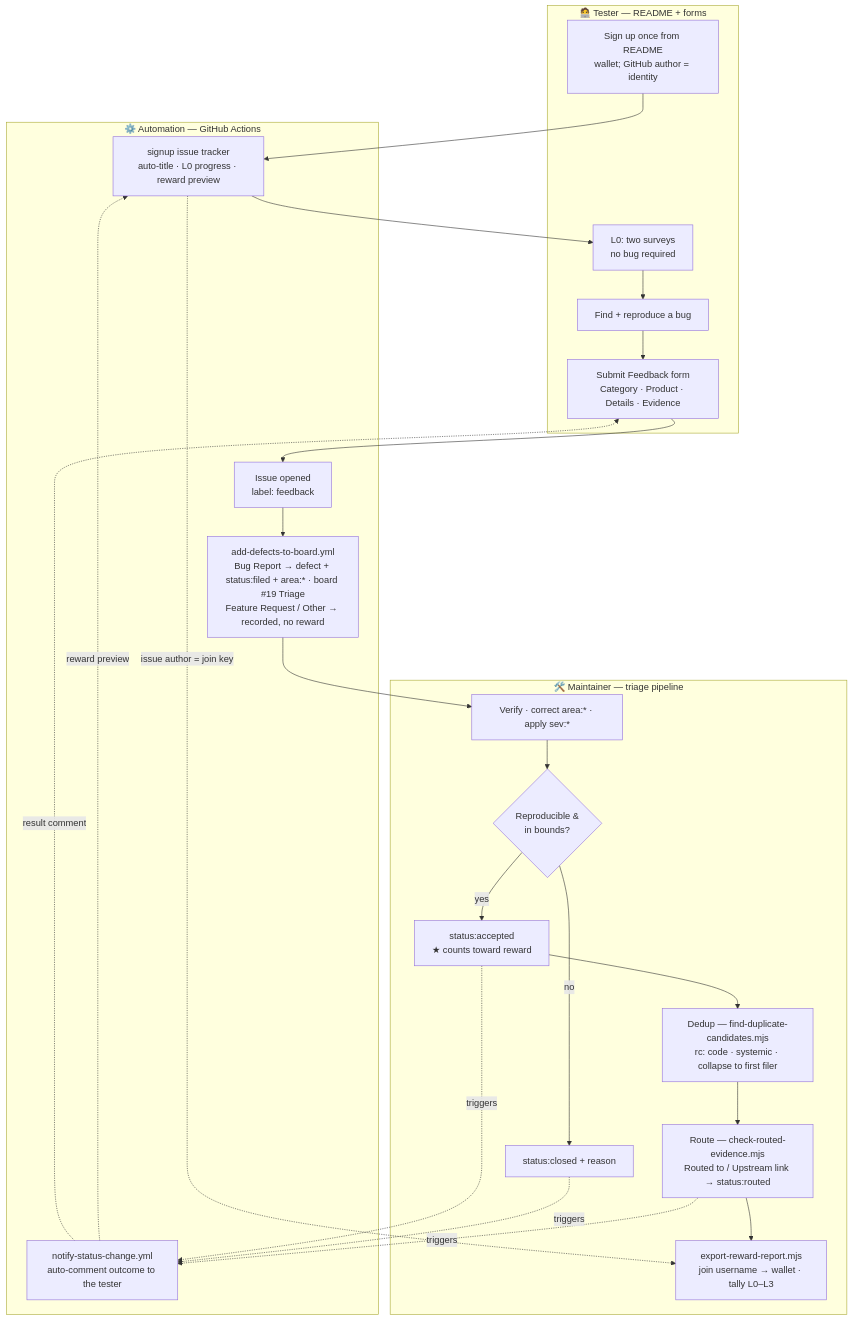
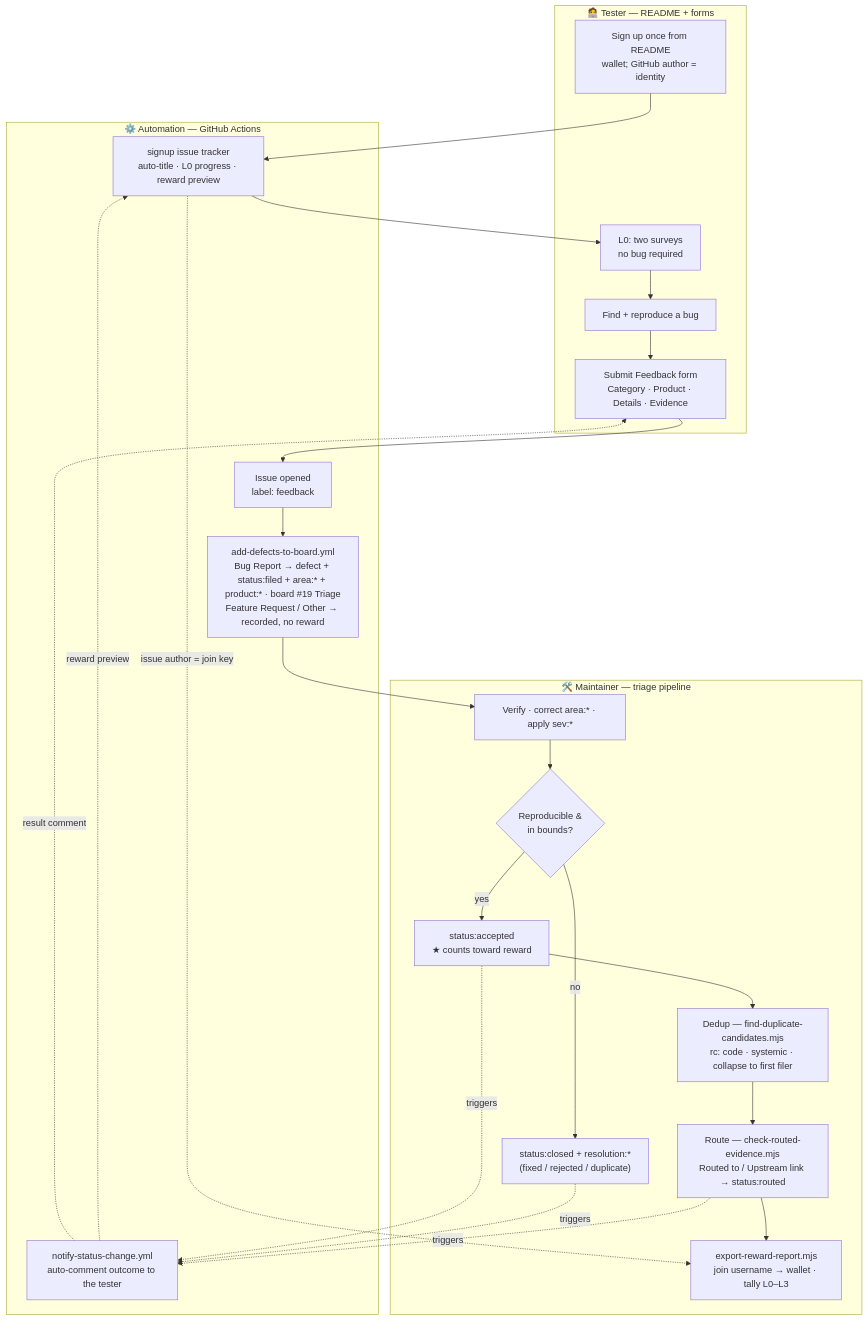
Before and after one commit to 0gfoundation/0g-testing-hub: the first of 2 diagrams in docs/WORKFLOWS.md, drawn with Mermaid. The commit also changed other lines of this file and 11 other files, not shown here.

````diff
--- a/docs/WORKFLOWS.md
+++ b/docs/WORKFLOWS.md
@@ -13,36 +13,36 @@
 ```mermaid
 flowchart TD
     subgraph T["🧑‍💻 Tester — README + forms"]
       T1["Sign up once from README<br/>wallet; GitHub author = identity"]
       T2["L0: two surveys<br/>no bug required"]
       T3["Find + reproduce a bug"]
       T4["Submit Feedback form<br/>Category · Product · Details · Evidence"]
     end
 
     subgraph A["⚙️ Automation — GitHub Actions"]
       A0["signup issue tracker<br/>auto-title · L0 progress · reward preview"]
       A1["Issue opened<br/>label: feedback"]
-      A2["add-defects-to-board.yml<br/>Bug Report → defect + status:filed + area:* · board #19 Triage<br/>Feature Request / Other → recorded, no reward"]
+      A2["add-defects-to-board.yml<br/>Bug Report → defect + status:filed + area:* + product:* · board #19 Triage<br/>Feature Request / Other → recorded, no reward"]
       A3["notify-status-change.yml<br/>auto-comment outcome to the tester"]
     end
 
     subgraph M["🛠️ Maintainer — triage pipeline"]
       M1["Verify · correct area:* · apply sev:*"]
       M2{"Reproducible &<br/>in bounds?"}
       M3["status:accepted<br/>★ counts toward reward"]
-      M4["status:closed + reason"]
+      M4["status:closed + resolution:*<br/>(fixed / rejected / duplicate)"]
       M5["Dedup — find-duplicate-candidates.mjs<br/>rc: code · systemic · collapse to first filer"]
       M6["Route — check-routed-evidence.mjs<br/>Routed to / Upstream link → status:routed"]
       M7["export-reward-report.mjs<br/>join username → wallet · tally L0–L3"]
     end
 
     T1 --> A0 --> T2 --> T3 --> T4 --> A1 --> A2 --> M1 --> M2
     M2 -- yes --> M3 --> M5 --> M6 --> M7
     M2 -- no --> M4
     M3 -. triggers .-> A3
     M4 -. triggers .-> A3
     M6 -. triggers .-> A3
     A3 -. result comment .-> T4
     A3 -. reward preview .-> A0
     A0 -. "issue author = join key" .-> M7
 ```
````
